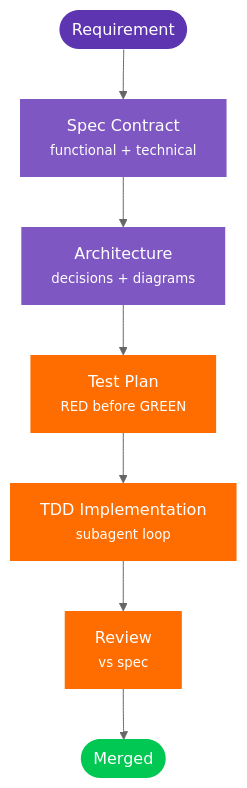
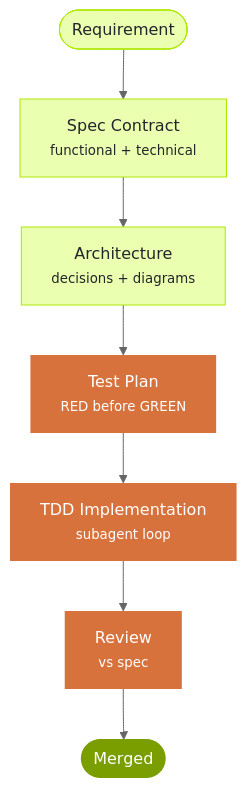
Before and after one commit to javiarmesto/ALDC-AL-Development-Collection: the diagram in docs/index.md, drawn with Mermaid (neutral theme). The commit also changed 8 other files, not shown here.

````diff
--- a/docs/index.md
+++ b/docs/index.md
@@ -53,17 +53,17 @@
 ```mermaid
 flowchart TD
     R([Requirement]) --> S[Spec Contract<br/><small>functional + technical</small>]
     S --> A[Architecture<br/><small>decisions + diagrams</small>]
     A --> T[Test Plan<br/><small>RED before GREEN</small>]
     T --> I[TDD Implementation<br/><small>subagent loop</small>]
     I --> V[Review<br/><small>vs spec</small>]
     V --> M([Merged])
 
-    style R fill:#5E35B1,color:#fff,stroke:none
-    style M fill:#00C853,color:#fff,stroke:none
-    style S fill:#7E57C2,color:#fff,stroke:none
-    style A fill:#7E57C2,color:#fff,stroke:none
-    style T fill:#FF6D00,color:#fff,stroke:none
-    style I fill:#FF6D00,color:#fff,stroke:none
-    style V fill:#FF6D00,color:#fff,stroke:none
+    style R fill:#ebffb1,color:#232529,stroke:#ade900
+    style M fill:#7a9e00,color:#fff,stroke:none
+    style S fill:#ebffb1,color:#232529,stroke:#ade900
+    style A fill:#ebffb1,color:#232529,stroke:#ade900
+    style T fill:#d8723c,color:#fff,stroke:none
+    style I fill:#d8723c,color:#fff,stroke:none
+    style V fill:#d8723c,color:#fff,stroke:none
 ```
````
